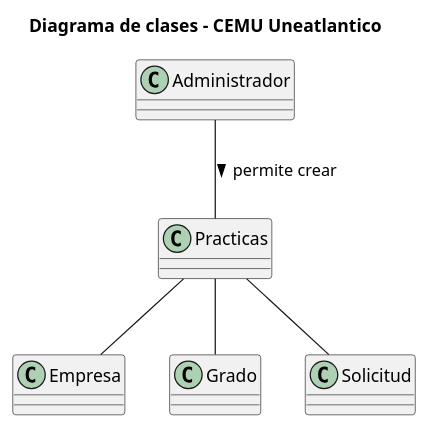
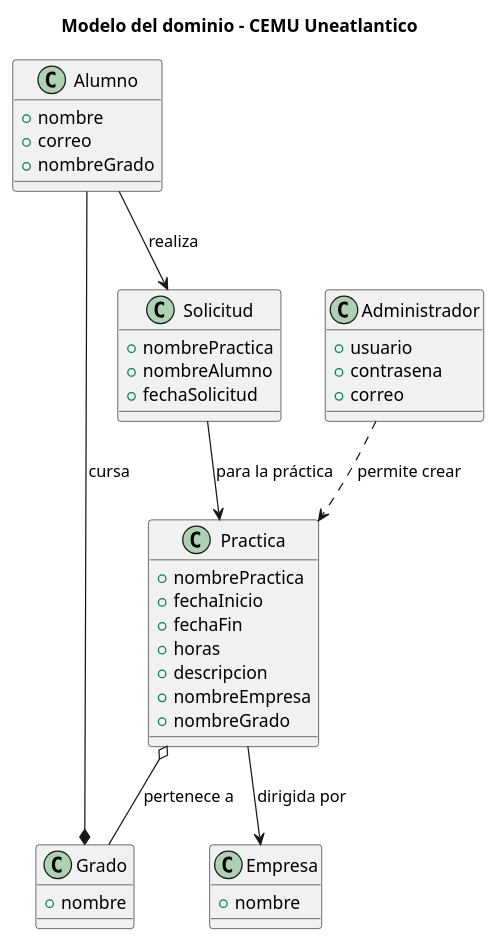
One commit to MRSergio21/CemuUNEAT-Documentacion changed the diagram in digrams/uml/diagramaDeClases.puml. Above: the diagram before and after it, drawn with PlantUML. The commit also changed 22 other files, not shown here.

Commit message:
fix/correccion de todos los diagramas

```diff
--- a/digrams/uml/diagramaDeClases.puml
+++ b/digrams/uml/diagramaDeClases.puml
@@ -1,25 +1,48 @@
 @startuml Modelo del dominio Ticket
 
-title Diagrama de clases - CEMU Uneatlantico
+title Modelo del dominio - CEMU Uneatlantico
 
-class Practicas{ 
+class Practica {
+    +nombrePractica
+    +fechaInicio
+    +fechaFin
+    +horas
+    +descripcion
+    +nombreEmpresa
+    +nombreGrado
 }
 
-class Empresa{ 
+class Empresa {
+    +nombre
 }
 
-class Grado{
+class Grado {
+    +nombre
 }
 
-class Solicitud{ 
+class Solicitud {
+    +nombrePractica
+    +nombreAlumno
+    +fechaSolicitud 
 }
 
-class Administrador{ 
+class Administrador {
+    +usuario
+    +contrasena
+    +correo 
 }
 
-Practicas -- Empresa
-Practicas -- Grado
-Practicas -- Solicitud
-Administrador -- Practicas : > permite crear
+class Alumno {
+    +nombre
+    +correo
+    +nombreGrado 
+}
+
+Practica o-- Grado : pertenece a
+Practica --> Empresa : dirigida por
+Alumno --> Solicitud : realiza
+Solicitud --> Practica : para la práctica
+Administrador ..> Practica : permite crear
+Alumno --* Grado : cursa
 
 @enduml
```
